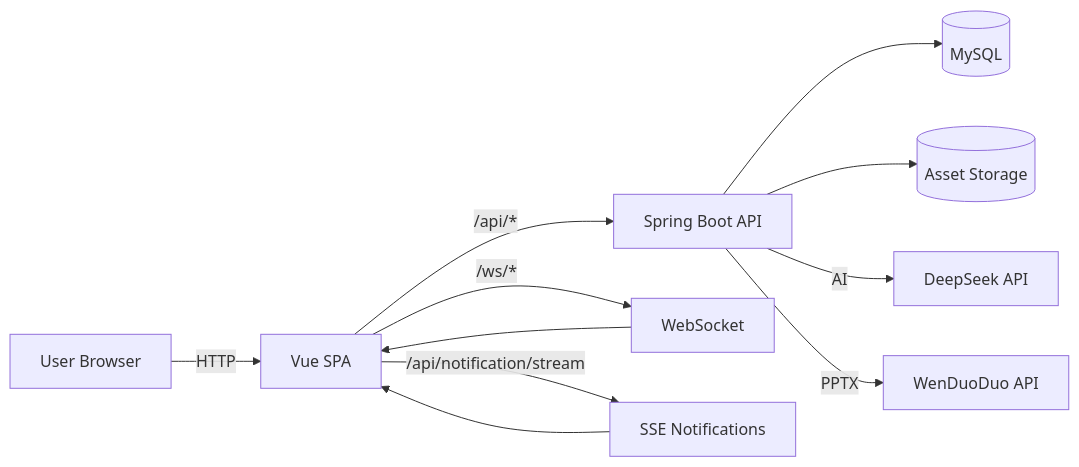
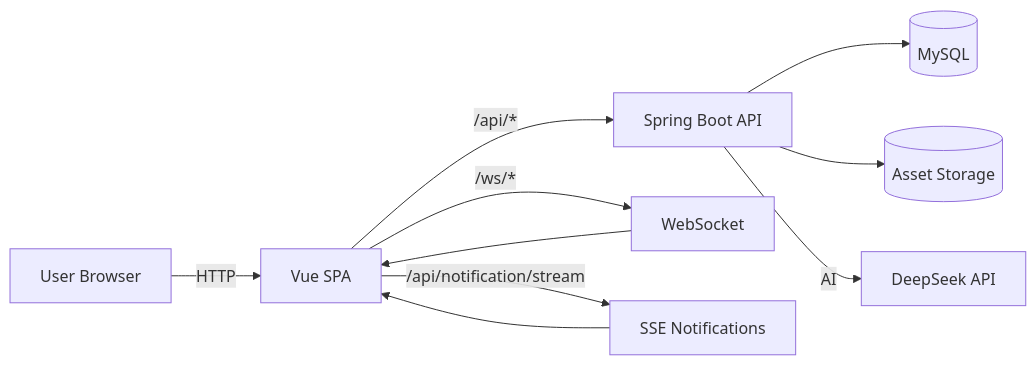
Before and after one commit to xsw77492-code/devtool-copilot-workspace: the diagram in README.md, drawn with Mermaid. The commit also changed other lines of this file, not shown here.

````diff
--- a/README.md
+++ b/README.md
@@ -170,13 +83,12 @@
 ```mermaid
 flowchart LR
   U[User Browser] -->|HTTP| WEB[Vue SPA]
   WEB -->|/api/*| API[Spring Boot API]
   WEB -->|/ws/*| WS[WebSocket]
   WEB -->|/api/notification/stream| SSE[SSE Notifications]
   API --> DB[(MySQL)]
   API --> ASSET[(Asset Storage)]
   API -->|AI| DS[DeepSeek API]
-  API -->|PPTX| WD[WenDuoDuo API]
   WS --> WEB
   SSE --> WEB
 ```
````
